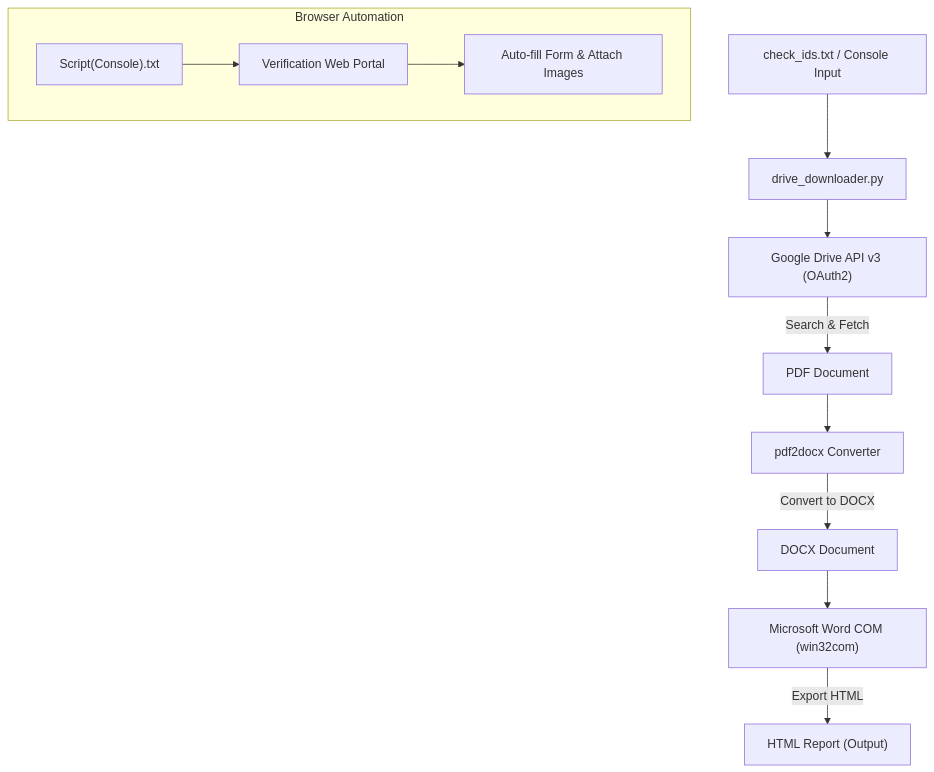
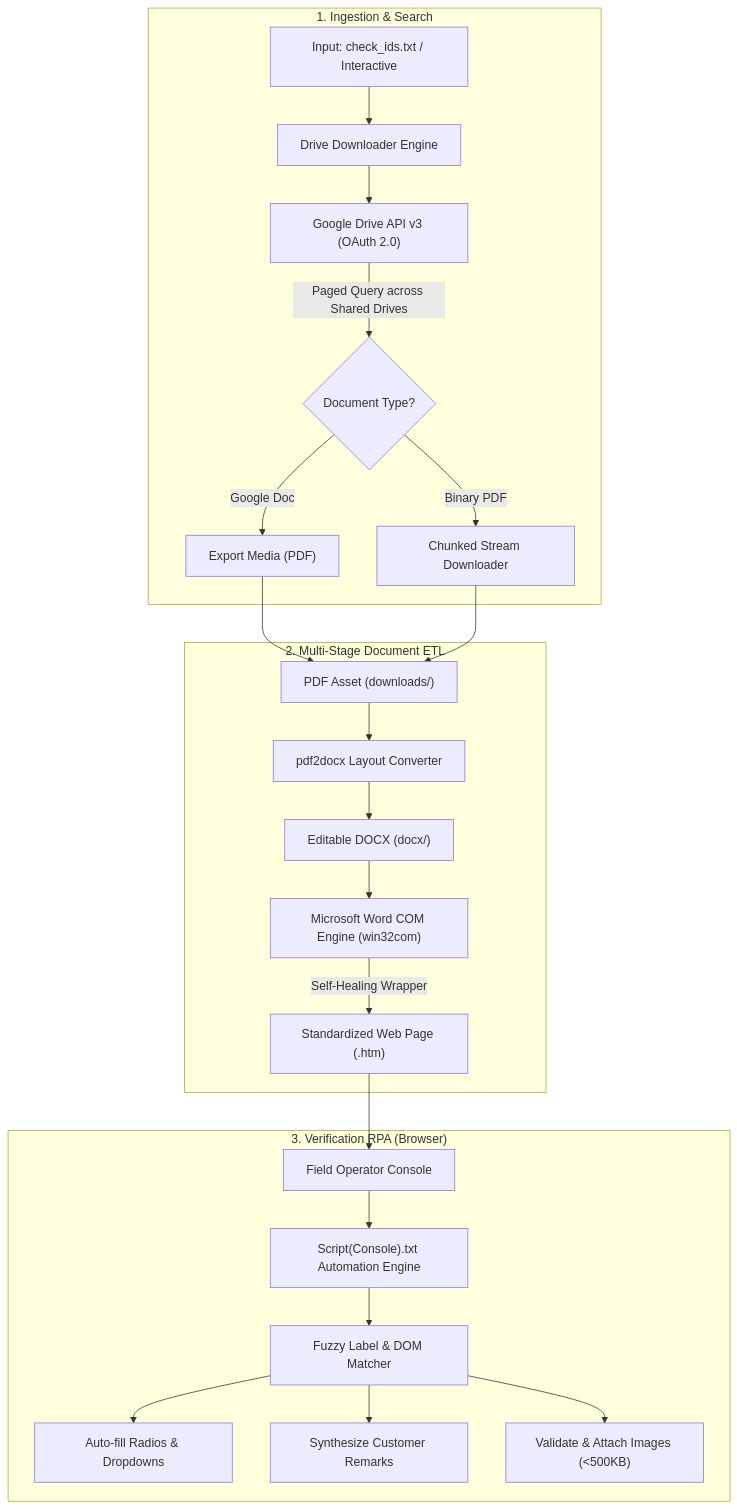
One commit to Ashesh88/drive-downloader changed the diagram in README.md. Above: the diagram before and after it, drawn with Mermaid. The commit also changed other lines of this file, not shown here.

Commit message:
docs: revamp README with enterprise AI automation architecture and resume highlights

````diff
--- a/README.md
+++ b/README.md
@@ -44,15 +48,29 @@
 ```mermaid
 flowchart TD
-    A["check_ids.txt / Console Input"] --> B["drive_downloader.py"]
-    B --> C["Google Drive API v3 (OAuth2)"]
-    C -->|Search & Fetch| D["PDF Document"]
-    D --> E["pdf2docx Converter"]
-    E -->|Convert to DOCX| F["DOCX Document"]
-    F --> G["Microsoft Word COM (win32com)"]
-    G -->|Export HTML| H["HTML Report (Output)"]
-    
-    subgraph Browser Automation
-        I["Script(Console).txt"] --> J["Verification Web Portal"]
-        J --> K["Auto-fill Form & Attach Images"]
+    subgraph Ingestion["1. Ingestion & Search"]
+        A["Input: check_ids.txt / Interactive"] --> B["Drive Downloader Engine"]
+        B --> C["Google Drive API v3 (OAuth 2.0)"]
+        C -->|Paged Query across Shared Drives| D{"Document Type?"}
+        D -->|Google Doc| E["Export Media (PDF)"]
+        D -->|Binary PDF| F["Chunked Stream Downloader"]
     end
+
+    subgraph Transformation["2. Multi-Stage Document ETL"]
+        E --> G["PDF Asset (downloads/)"]
+        F --> G
+        G --> H["pdf2docx Layout Converter"]
+        H --> I["Editable DOCX (docx/)"]
+        I --> J["Microsoft Word COM Engine (win32com)"]
+        J -->|Self-Healing Wrapper| K["Standardized Web Page (.htm)"]
+    end
+
+    subgraph PortalAutomation["3. Verification RPA (Browser)"]
+        L["Field Operator Console"] --> M["Script(Console).txt Automation Engine"]
+        M --> N["Fuzzy Label & DOM Matcher"]
+        N --> O["Auto-fill Radios & Dropdowns"]
+        N --> P["Synthesize Customer Remarks"]
+        N --> Q["Validate & Attach Images (&lt;500KB)"]
+    end
+
+    K --> L
 ```
````
